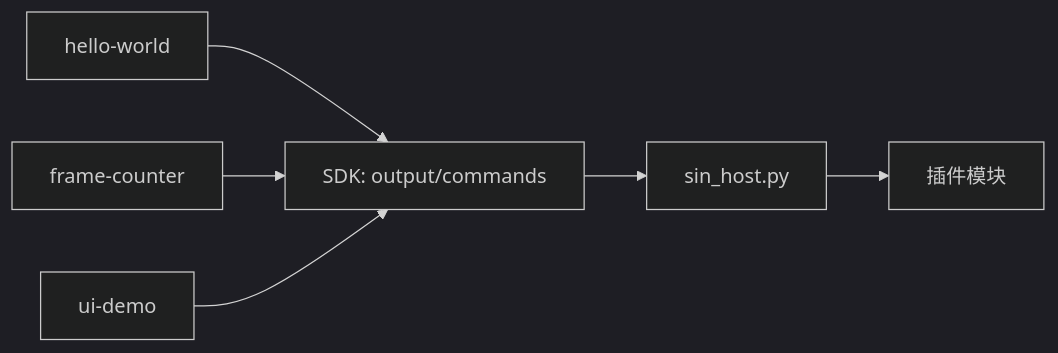
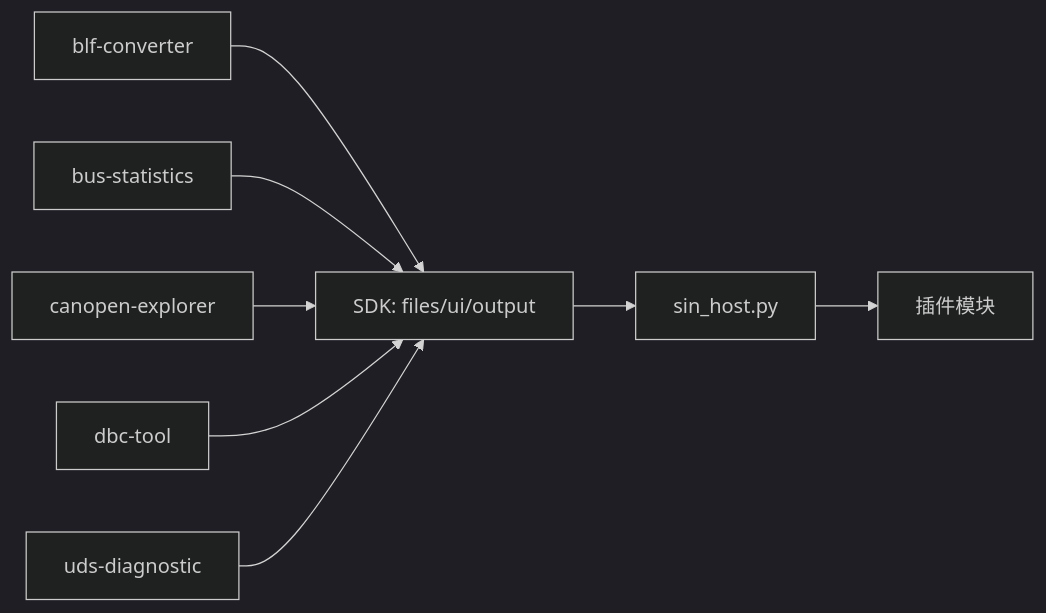
The ninth of 9 diagrams in .qoder/repowiki/zh/content/开发指南/示例插件.md (jakecai1225-design/OpenBus), drawn with Mermaid (dark theme) before and after one commit. The commit also changed other lines of this file and 57 other files, not shown here.

````diff
--- a/.qoder/repowiki/zh/content/开发指南/示例插件.md
+++ b/.qoder/repowiki/zh/content/开发指南/示例插件.md
@@ -276,8 +346,10 @@
 ```mermaid
 graph LR
-HW["hello-world"] --> SDK["SDK: output/commands"]
-FC["frame-counter"] --> SDK
-UD["ui-demo"] --> SDK
+BLF["blf-converter"] --> SDK["SDK: files/ui/output"]
+BUS["bus-statistics"] --> SDK
+CAN["canopen-explorer"] --> SDK
+DBC["dbc-tool"] --> SDK
+UDS["uds-diagnostic"] --> SDK
 SDK --> HOST["sin_host.py"]
 HOST --> PLUG["插件模块"]
 ```
````
